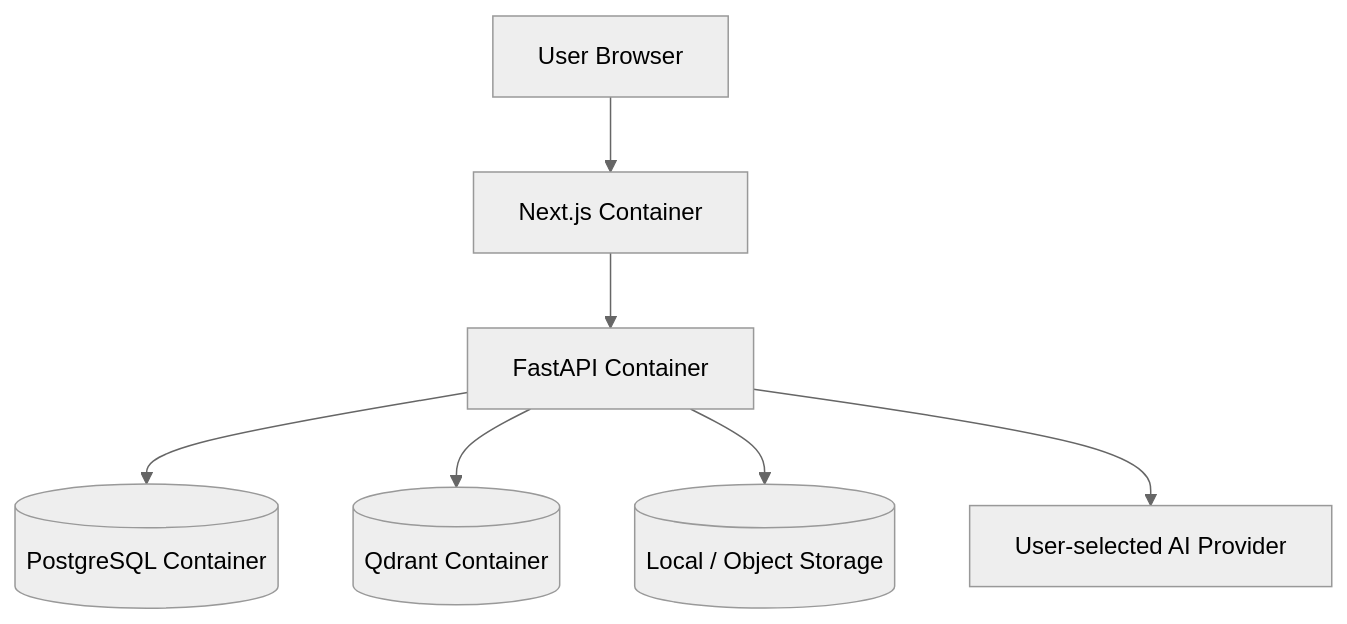
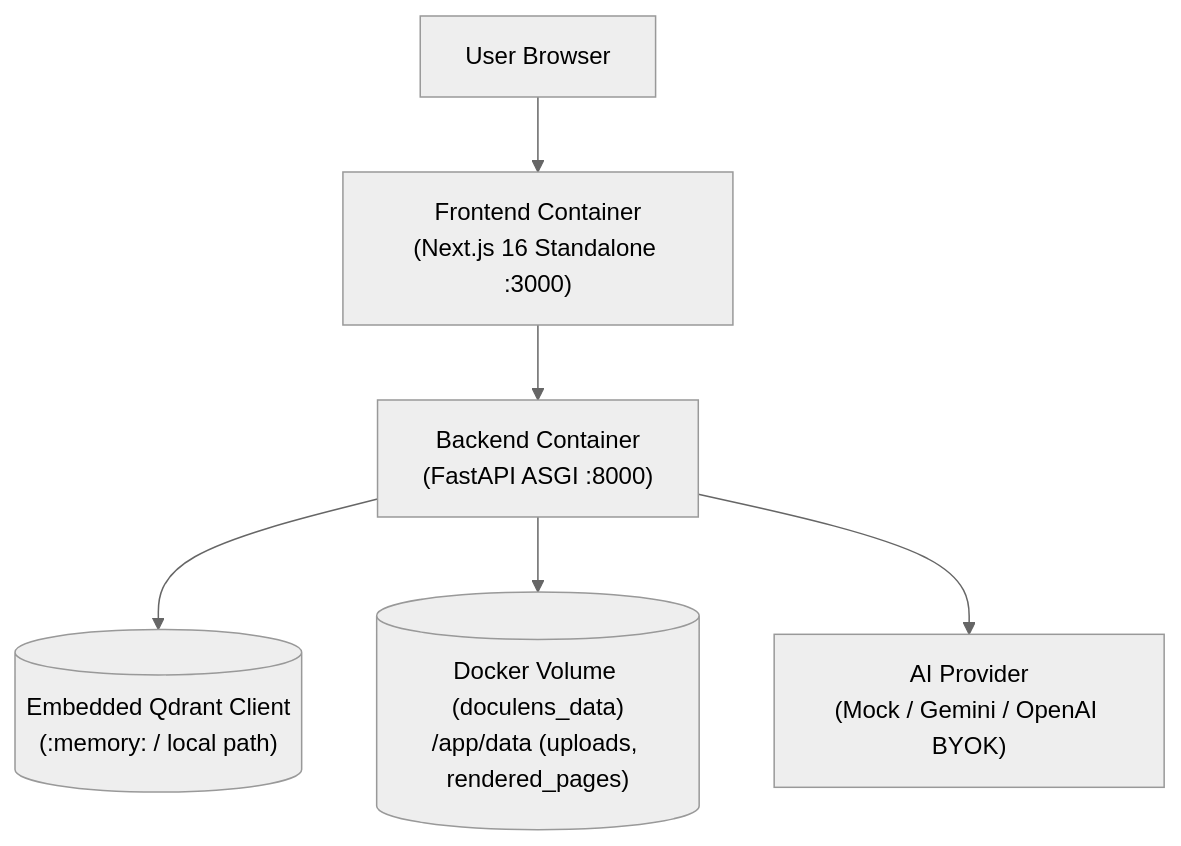
Diagram 18 of 26 in docs/architecture.md (Tech-Siddhant/doculens-ai), drawn with Mermaid (neutral theme) before and after one commit. The commit also changed other lines of this file and 3 other files, not shown here.

Commit message:
docs: finalize architecture consistency and deployment config

````diff
--- a/docs/architecture.md
+++ b/docs/architecture.md
@@ -1130,27 +1120,22 @@
 ```mermaid
 flowchart TB
 
     USER["User Browser"]
 
-    FRONTEND["Next.js Container"]
+    FRONTEND["Frontend Container\n(Next.js 16 Standalone :3000)"]
 
-    BACKEND["FastAPI Container"]
+    BACKEND["Backend Container\n(FastAPI ASGI :8000)"]
 
-    POSTGRES[("PostgreSQL Container")]
+    EMBEDDED_QDRANT[("Embedded Qdrant Client\n(:memory: / local path)")]
 
-    QDRANT[("Qdrant Container")]
+    VOLUME[("Docker Volume (doculens_data)\n/app/data (uploads, rendered_pages)")]
 
-    STORAGE[("Local / Object Storage")]
-
-    AI["User-selected AI Provider"]
+    AI["AI Provider\n(Mock / Gemini / OpenAI BYOK)"]
 
     USER --> FRONTEND
-
     FRONTEND --> BACKEND
 
-    BACKEND --> POSTGRES
-    BACKEND --> QDRANT
-    BACKEND --> STORAGE
-
+    BACKEND --> EMBEDDED_QDRANT
+    BACKEND --> VOLUME
     BACKEND --> AI
 ```
````
